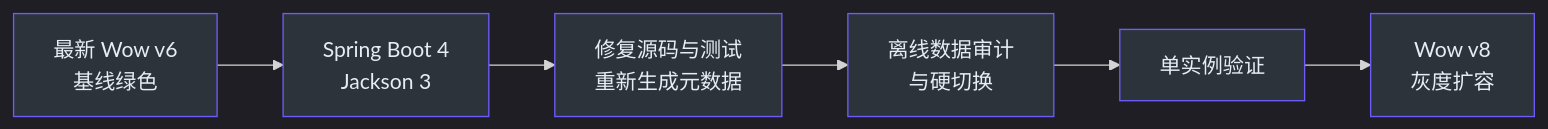
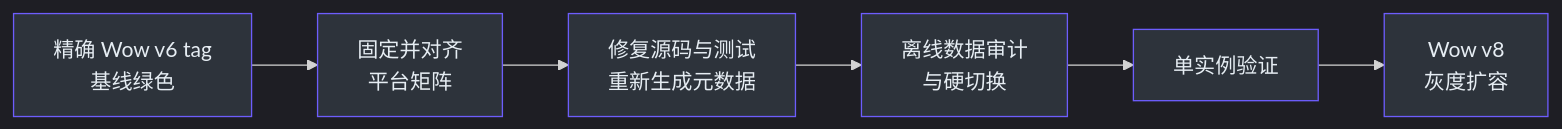
The first of 3 diagrams in documentation/docs/zh/guide/migration/v6-to-v8.md (Ahoo-Wang/Wow), drawn with Mermaid before and after one commit. The commit also changed other lines of this file and 77 other files, not shown here.

````diff
--- a/documentation/docs/zh/guide/migration/v6-to-v8.md
+++ b/documentation/docs/zh/guide/migration/v6-to-v8.md
@@ -28,11 +30,11 @@
 ```mermaid
 %%{init: {"theme": "dark"}}%%
 flowchart LR
-    V6["最新 Wow v6<br>基线绿色"] --> Platform["Spring Boot 4<br>Jackson 3"]
+    V6["精确 Wow v6 tag<br>基线绿色"] --> Platform["固定并对齐<br>平台矩阵"]
     Platform --> Compile["修复源码与测试<br>重新生成元数据"]
     Compile --> Data["离线数据审计<br>与硬切换"]
     Data --> Canary["单实例验证"]
     Canary --> V8["Wow v8<br>灰度扩容"]
     classDef step fill:#2d333b,stroke:#6d5dfc,color:#e6edf3
     class V6,Platform,Compile,Data,Canary,V8 step
 ```
````
